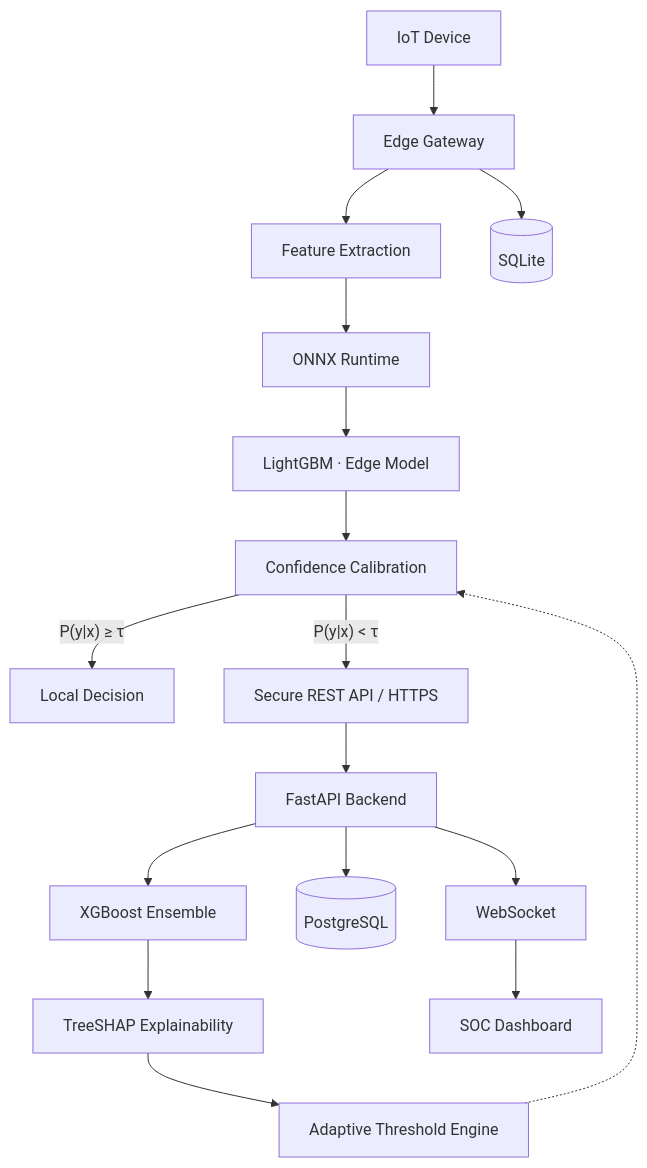
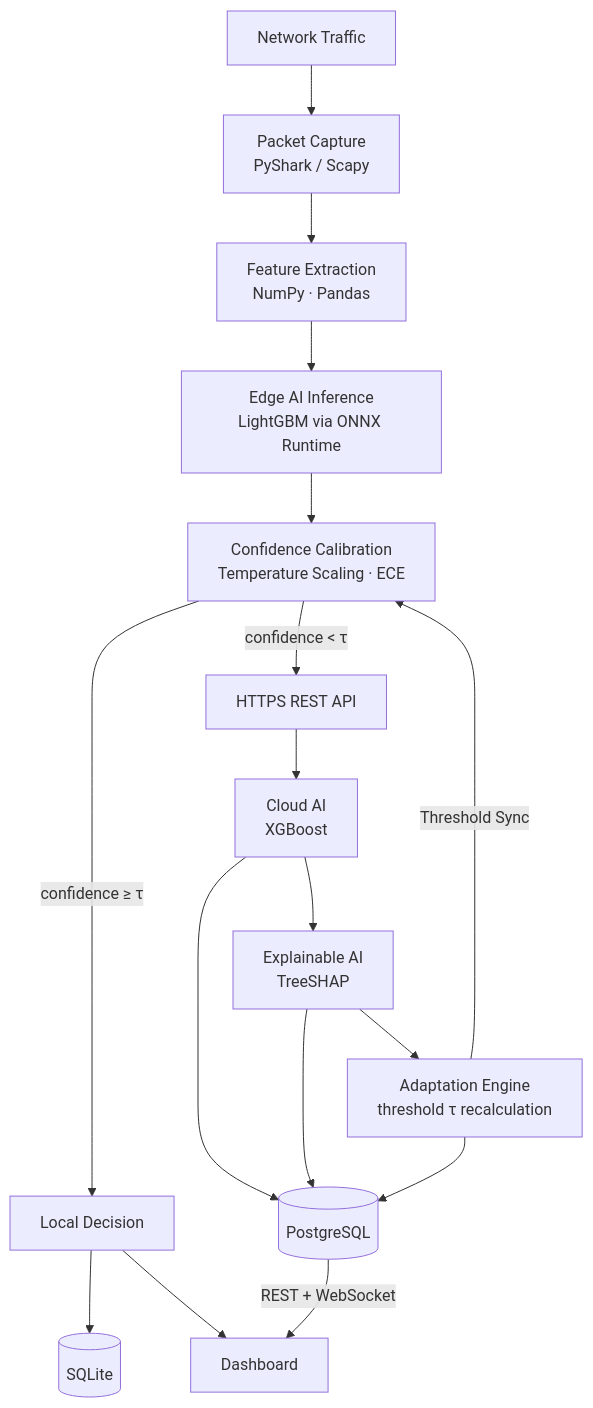
One commit to AtharvaVavhal/aecids changed the second of 7 diagrams in README.md. Above: the diagram before and after it, drawn with Mermaid. The commit also changed other lines of this file, not shown here.

````diff
--- a/README.md
+++ b/README.md
@@ -233,19 +243,19 @@
 ```mermaid
 graph TD
-    A[IoT Device] --> B[Edge Gateway]
-    B --> C[Feature Extraction]
-    C --> D[ONNX Runtime]
-    D --> E[LightGBM · Edge Model]
-    E --> F[Confidence Calibration]
-    F -->|"P(y|x) ≥ τ"| G[Local Decision]
-    F -->|"P(y|x) < τ"| H[Secure REST API / HTTPS]
-    H --> I[FastAPI Backend]
-    I --> J[XGBoost Ensemble]
-    J --> K[TreeSHAP Explainability]
-    K --> L[Adaptive Threshold Engine]
-    L -.-> F
-    I --> M[(PostgreSQL)]
-    B --> N[(SQLite)]
-    I --> O[WebSocket]
-    O --> P[SOC Dashboard]
+    A[Network Traffic] --> B["Packet Capture<br/>PyShark / Scapy"]
+    B --> C["Feature Extraction<br/>NumPy · Pandas"]
+    C --> D["Edge AI Inference<br/>LightGBM via ONNX Runtime"]
+    D --> E["Confidence Calibration<br/>Temperature Scaling · ECE"]
+    E -->|"confidence ≥ τ"| F["Local Decision"]
+    E -->|"confidence < τ"| G["HTTPS REST API"]
+    F --> H[(SQLite)]
+    F --> M[Dashboard]
+    G --> I["Cloud AI<br/>XGBoost"]
+    I --> J["Explainable AI<br/>TreeSHAP"]
+    J --> K["Adaptation Engine<br/>threshold τ recalculation"]
+    K -->|"Threshold Sync"| E
+    I --> L[(PostgreSQL)]
+    J --> L
+    K --> L
+    L -->|"REST + WebSocket"| M
 ```
````
